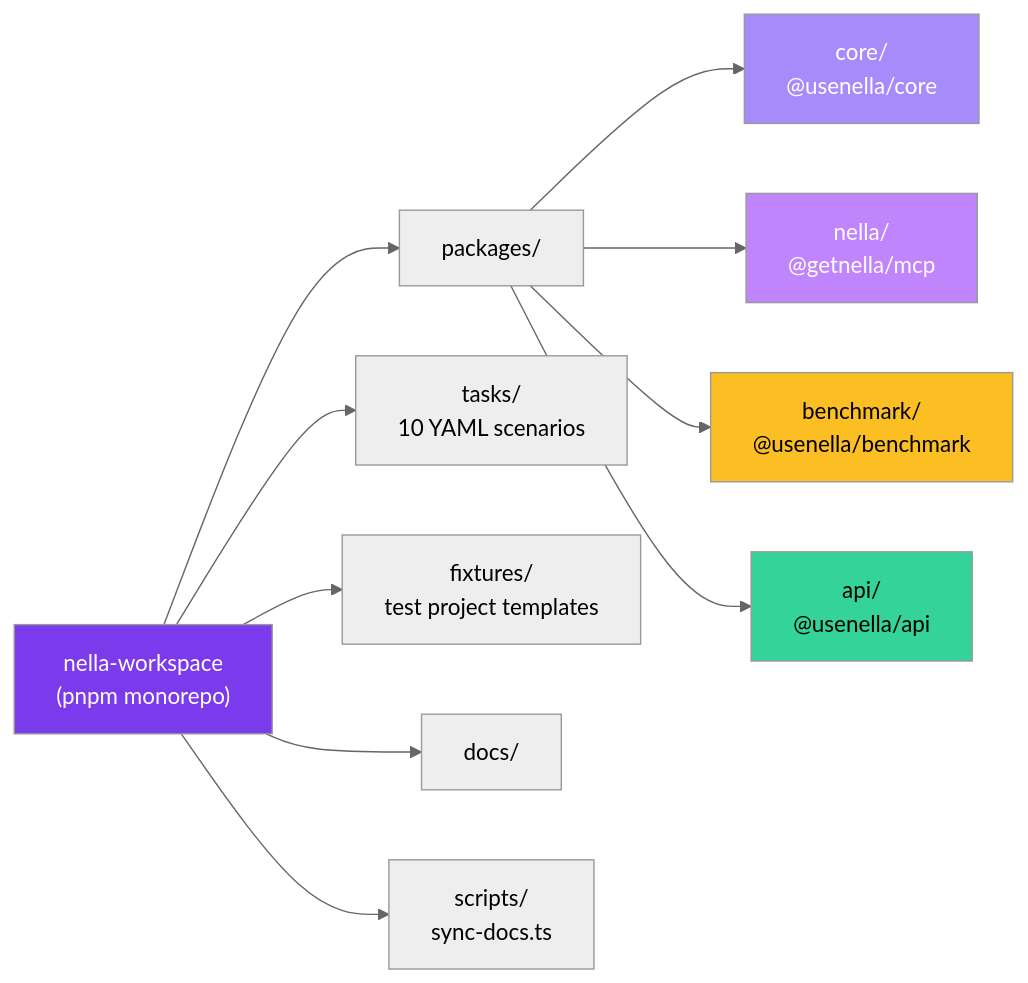
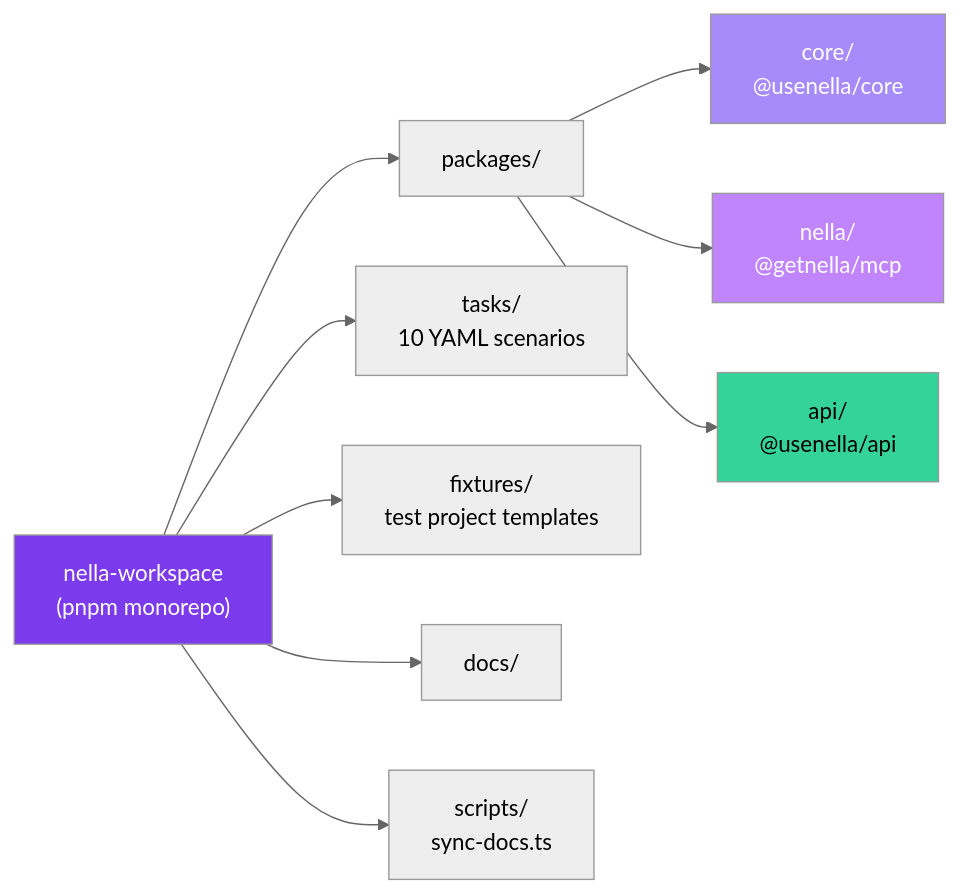
Before and after one commit to nella-labs/nella: the third of 4 diagrams in docs/architecture/overview.md, drawn with Mermaid (neutral theme). The commit also changed other lines of this file and 13 other files, not shown here.

````diff
--- a/docs/architecture/overview.md
+++ b/docs/architecture/overview.md
@@ -117,21 +105,19 @@
 ```mermaid
 graph LR
     Root["nella-workspace<br/>(pnpm monorepo)"]
 
     Root --> Packages["packages/"]
     Root --> Tasks["tasks/<br/>10 YAML scenarios"]
     Root --> Fixtures["fixtures/<br/>test project templates"]
     Root --> Docs["docs/"]
     Root --> Scripts["scripts/<br/>sync-docs.ts"]
 
     Packages --> Core["core/<br/>@usenella/core"]
     Packages --> Nella["nella/<br/>@getnella/mcp"]
-    Packages --> Benchmark["benchmark/<br/>@usenella/benchmark"]
     Packages --> API["api/<br/>@usenella/api"]
 
     style Root fill:#7c3aed,color:#fff
     style Core fill:#a78bfa,color:#fff
     style Nella fill:#c084fc,color:#fff
-    style Benchmark fill:#fbbf24,color:#000
     style API fill:#34d399,color:#000
 ```
````
